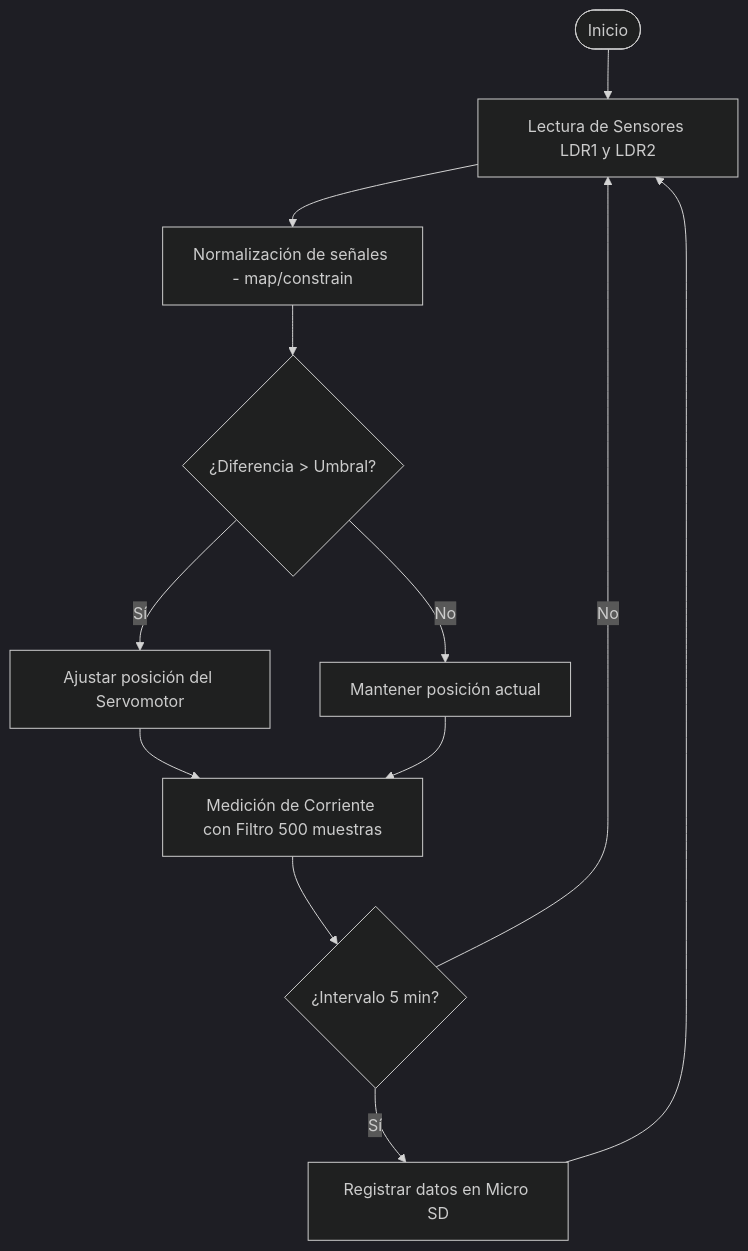
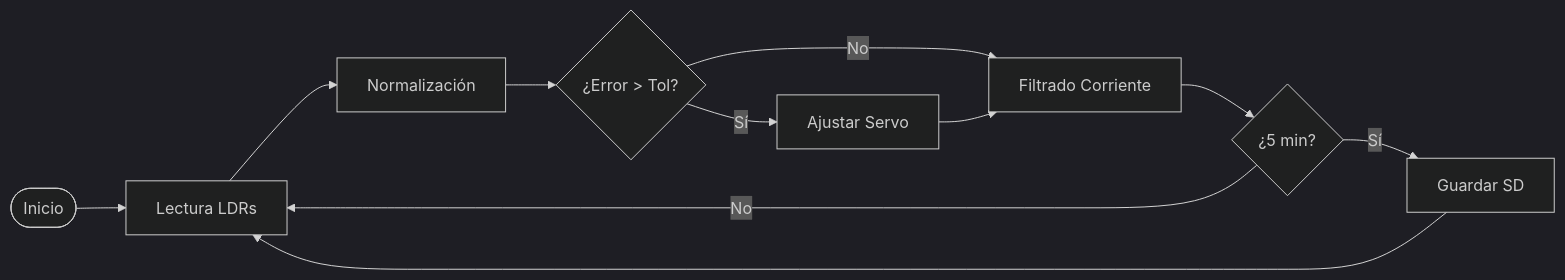
One commit to cribnez/solar-tracker-didactico changed the diagram in README.md. Above: the diagram before and after it, drawn with Mermaid (dark theme).

````diff
--- a/README.md
+++ b/README.md
@@ -15,14 +15,13 @@
 ```mermaid
-graph TD
-    A([Inicio]) --> B[Lectura de Sensores LDR1 y LDR2]
-    B --> C[Normalización de señales - map/constrain]
-    C --> D{¿Diferencia > Umbral?}
-    D -- Sí --> E[Ajustar posición del Servomotor]
-    D -- No --> F[Mantener posición actual]
-    E --> G[Medición de Corriente con Filtro 500 muestras]
-    F --> G
-    G --> H{¿Intervalo 5 min?}
-    H -- Sí --> I[Registrar datos en Micro SD]
+graph LR
+    A([Inicio]) --> B[Lectura LDRs]
+    B --> C[Normalización]
+    C --> D{¿Error > Tol?}
+    D -- Sí --> E[Ajustar Servo]
+    D -- No --> G[Filtrado Corriente]
+    E --> G
+    G --> H{¿5 min?}
+    H -- Sí --> I[Guardar SD]
     H -- No --> B
     I --> B
 ```
````
